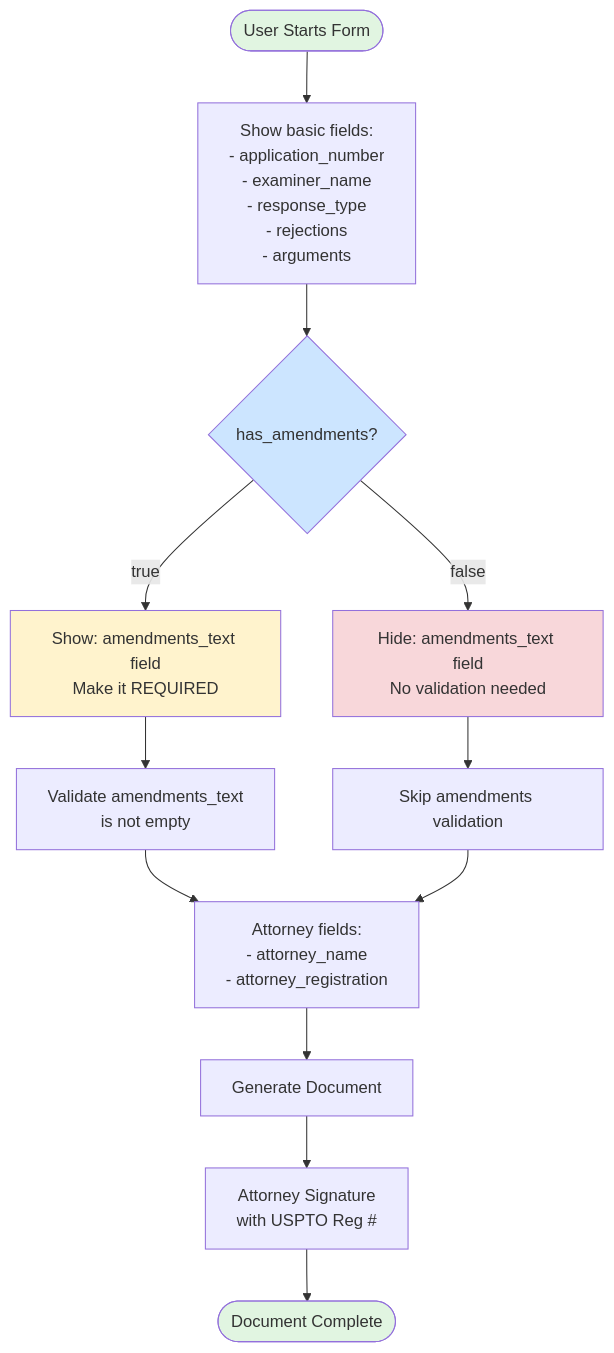
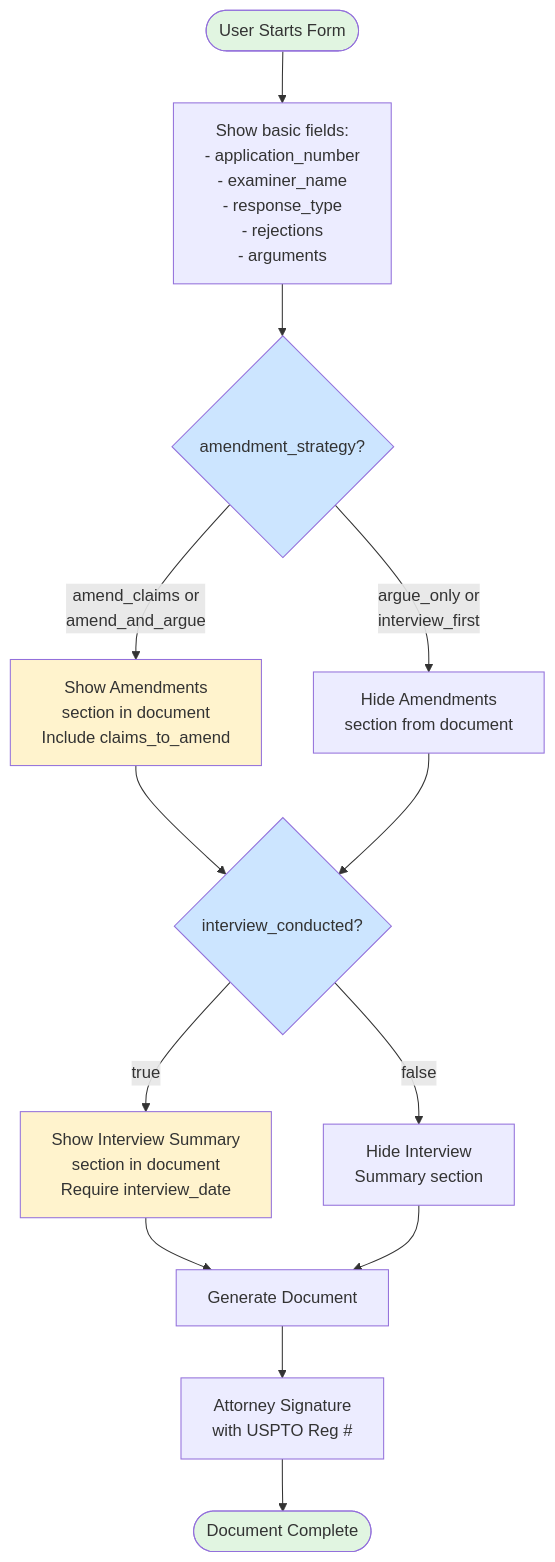
One commit to ryanmosz/CaseThread changed the diagram in docs/gaurang-handoff/conditional-logic-diagrams/office-action-response.md. Above: the diagram before and after it, drawn with Mermaid. The commit also changed other lines of this file and 21 other files, not shown here.

````diff
--- a/docs/gaurang-handoff/conditional-logic-diagrams/office-action-response.md
+++ b/docs/gaurang-handoff/conditional-logic-diagrams/office-action-response.md
@@ -5,25 +5,28 @@
 ```mermaid
 flowchart TD
     Start([User Starts Form]) --> BasicFields[Show basic fields:<br/>- application_number<br/>- examiner_name<br/>- response_type<br/>- rejections<br/>- arguments]
     
-    BasicFields --> AmendDecision{has_amendments?}
+    BasicFields --> AmendStrategy{amendment_strategy?}
     
-    AmendDecision -->|true| ShowAmend[Show: amendments_text field<br/>Make it REQUIRED]
-    AmendDecision -->|false| HideAmend[Hide: amendments_text field<br/>No validation needed]
+    AmendStrategy -->|amend_claims or<br/>amend_and_argue| ShowAmendSection[Show Amendments<br/>section in document<br/>Include claims_to_amend]
+    AmendStrategy -->|argue_only or<br/>interview_first| HideAmendSection[Hide Amendments<br/>section from document]
     
-    ShowAmend --> ValidateAmend[Validate amendments_text<br/>is not empty]
-    HideAmend --> NoValidateAmend[Skip amendments validation]
+    ShowAmendSection --> InterviewDecision{interview_conducted?}
+    HideAmendSection --> InterviewDecision
     
-    ValidateAmend --> AttorneyInfo[Attorney fields:<br/>- attorney_name<br/>- attorney_registration]
-    NoValidateAmend --> AttorneyInfo
+    InterviewDecision -->|true| ShowInterview[Show Interview Summary<br/>section in document<br/>Require interview_date]
+    InterviewDecision -->|false| HideInterview[Hide Interview<br/>Summary section]
     
-    AttorneyInfo --> Generate[Generate Document]
+    ShowInterview --> Generate[Generate Document]
+    HideInterview --> Generate
+    
     Generate --> Sign[Attorney Signature<br/>with USPTO Reg #]
     Sign --> End([Document Complete])
     
     style Start fill:#e1f5e1
     style End fill:#e1f5e1
-    style ShowAmend fill:#fff3cd
-    style HideAmend fill:#f8d7da
-    style AmendDecision fill:#cce5ff
+    style ShowAmendSection fill:#fff3cd
+    style ShowInterview fill:#fff3cd
+    style AmendStrategy fill:#cce5ff
+    style InterviewDecision fill:#cce5ff
 ```
````
